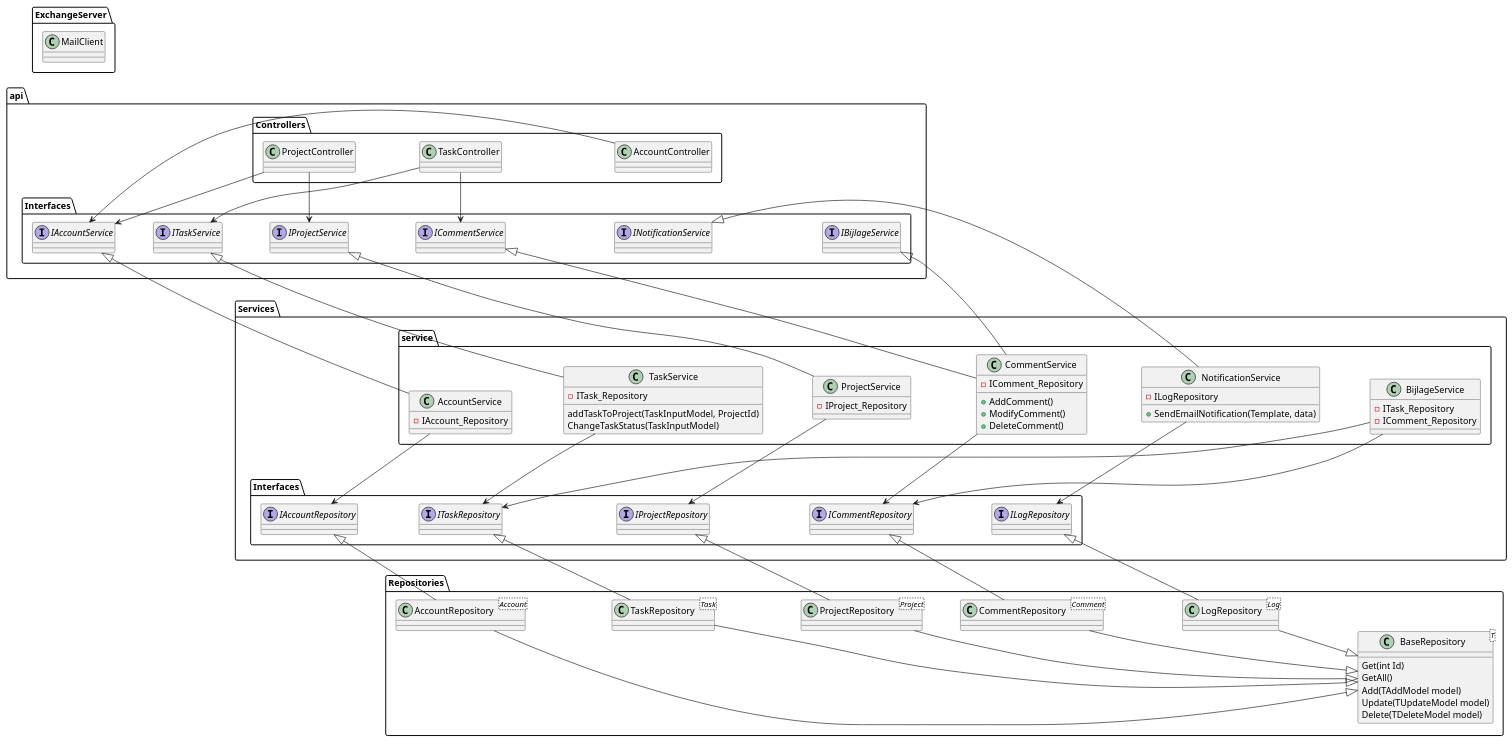
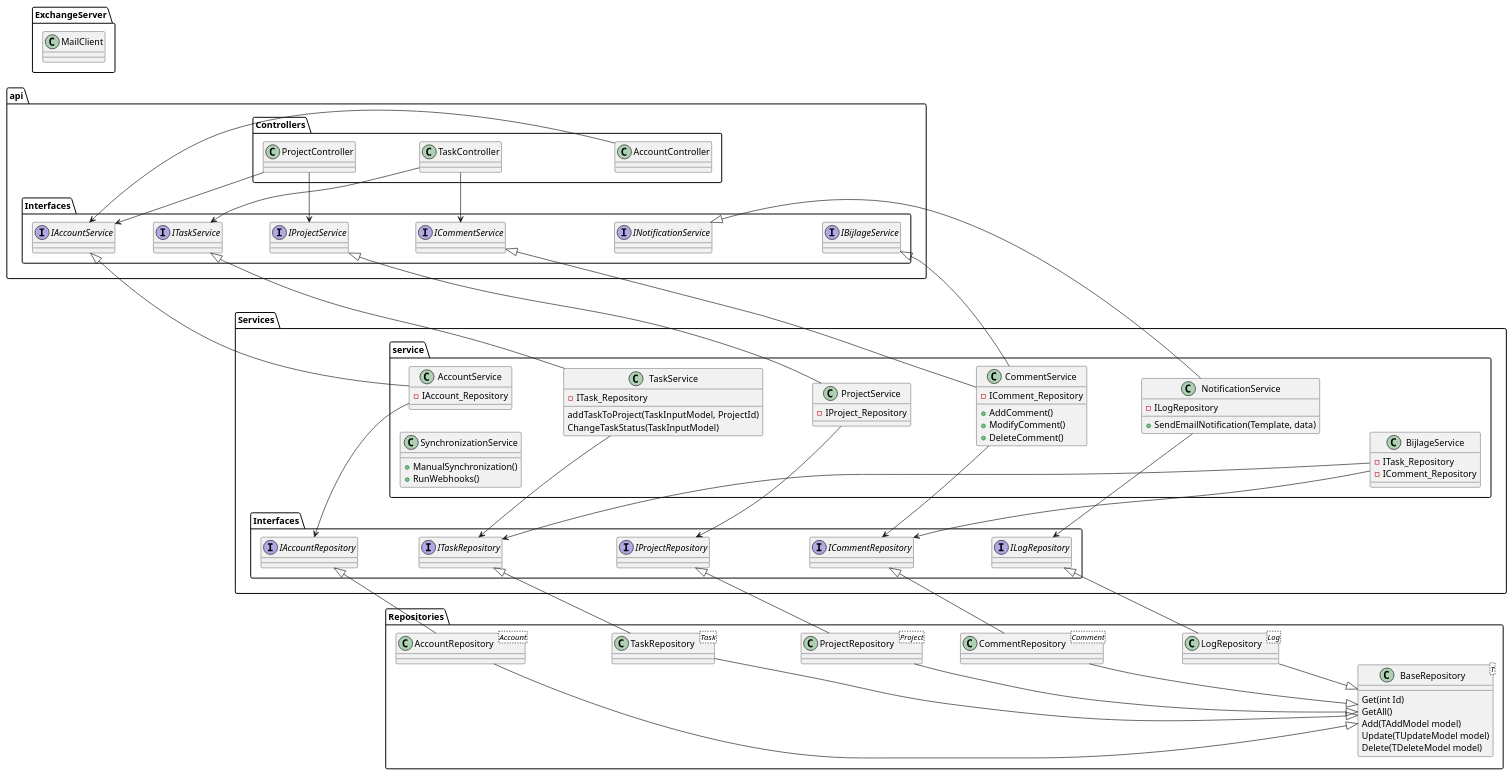
The second of 2 diagrams in Documentatie/TechnischOntwerp.md (DCReceveur/pre-afstudeer-docs), drawn with PlantUML before and after one commit. The commit also changed other lines of this file and 4 other files, not shown here.

```diff
--- a/Documentatie/TechnischOntwerp.md
+++ b/Documentatie/TechnischOntwerp.md
@@ -257,14 +257,14 @@
     class "TaskController" as Task_Controller
     class "AccountController" as Account_Controller
   }
-package Interfaces{
-  interface "IAccountService" as IAccount_Service
-  interface "ITaskService" as ITask_Service
-  interface "IProjectService" as IProject_Service
-  interface "ICommentService" as IComment_Service
-  interface "INotificationService" as INotification_Service
-  interface "IBijlageService" as IBijlage_Service
-}
+  package Interfaces{
+    interface "IAccountService" as IAccount_Service
+    interface "ITaskService" as ITask_Service
+    interface "IProjectService" as IProject_Service
+    interface "ICommentService" as IComment_Service
+    interface "INotificationService" as INotification_Service
+    interface "IBijlageService" as IBijlage_Service
+  }
 }
 
 
@@ -276,36 +276,39 @@
   interface "IProjectRepository" as IProject_Repository
   interface "ICommentRepository" as IComment_Repository
   interface "ILogRepository" as ILog_Repository
-}
-package service{
-  class TaskService{
-    -ITask_Repository
-    addTaskToProject(TaskInputModel, ProjectId)
-    ChangeTaskStatus(TaskInputModel)
+  }
+  package service{
+    class TaskService{
+      -ITask_Repository
+      addTaskToProject(TaskInputModel, ProjectId)
+      ChangeTaskStatus(TaskInputModel)
+    }
+    class NotificationService{
+      -ILogRepository
+      +SendEmailNotification(Template, data)
+    }
 
+    class AccountService{
+      -IAccount_Repository
+    }
+    class ProjectService{
+      -IProject_Repository
+    }
+    class CommentService{
+      -IComment_Repository
+      +AddComment()
+      +ModifyComment()
+      +DeleteComment()
+    }
+    class BijlageService{
+      -ITask_Repository
+      -IComment_Repository
+    }
+    class SynchronizationService{
+      +ManualSynchronization()
+      +RunWebhooks()
+    }
   }
-  class NotificationService{
-    -ILogRepository
-    +SendEmailNotification(Template, data)
-  }
-
-  class AccountService{
-    -IAccount_Repository
-  }
-  class ProjectService{
-    -IProject_Repository
-  }
-  class CommentService{
-    -IComment_Repository
-    +AddComment()
-    +ModifyComment()
-    +DeleteComment()
-  }
-  class BijlageService{
-    -ITask_Repository
-    -IComment_Repository
-  }
-}
 }
 
 
```
